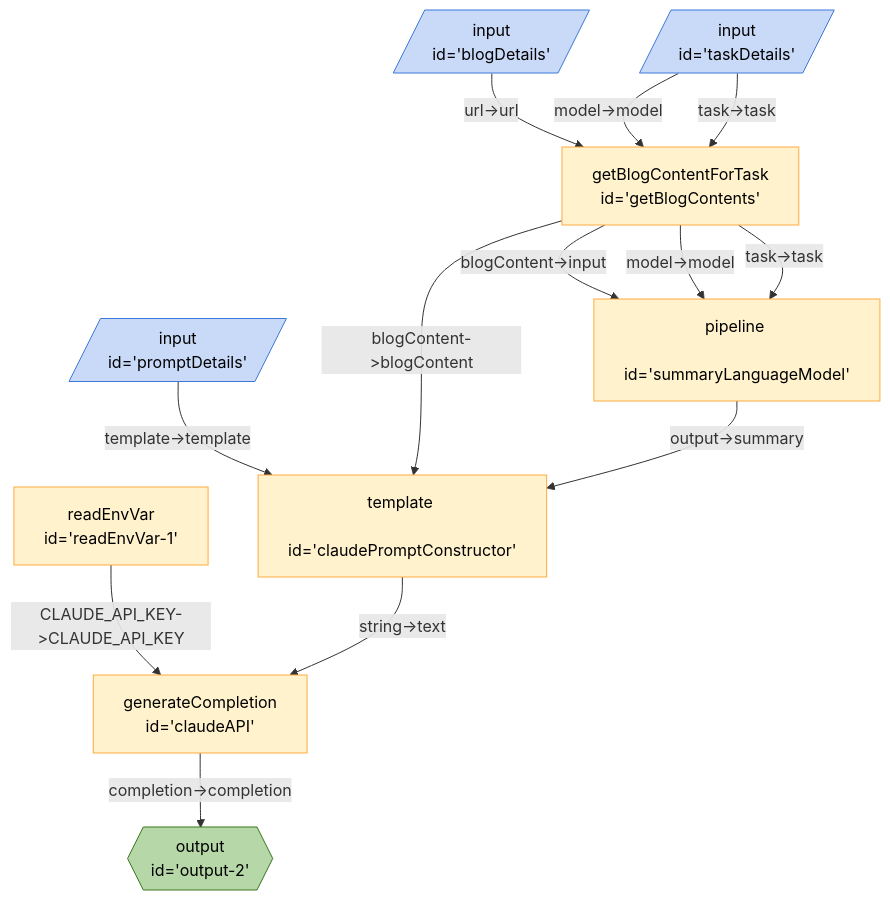
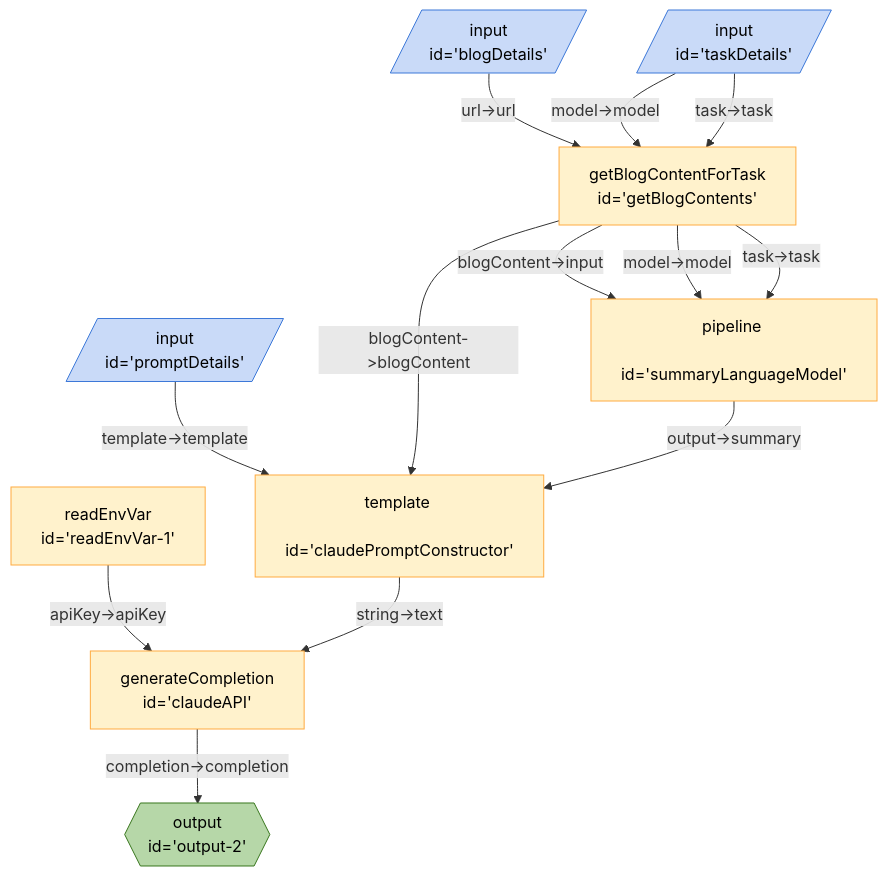
Before and after one commit to ExaDev-io/breadboard-samples: the diagram in samples/CourseCrafter/src/single/README.md, drawn with Mermaid. The commit also changed other lines of this file and 5 other files, not shown here.

Commit message:
Changed wiring param name from CLAUDE_API_KEY to apiKey to match claude params

````diff
--- a/samples/CourseCrafter/src/single/README.md
+++ b/samples/CourseCrafter/src/single/README.md
@@ -3,24 +3,24 @@
 ```mermaid
 %%{init: 'themeVariables': { 'fontFamily': 'Fira Code, monospace' }}%%
 graph TD;
 promptDetails[/"input <br> id='promptDetails'"/]:::input -- "template->template" --> claudePromptConstructor["template <br> id='claudePromptConstructor'"]
 blogDetails[/"input <br> id='blogDetails'"/]:::input -- "url->url" --> getBlogContents["getBlogContentForTask <br> id='getBlogContents'"]
 taskDetails[/"input <br> id='taskDetails'"/]:::input -- "model->model" --> getBlogContents["getBlogContentForTask <br> id='getBlogContents'"]
 taskDetails[/"input <br> id='taskDetails'"/]:::input -- "task->task" --> getBlogContents["getBlogContentForTask <br> id='getBlogContents'"]
 getBlogContents["getBlogContentForTask <br> id='getBlogContents'"] -- "blogContent->input" --> summaryLanguageModel["pipeline <br> id='summaryLanguageModel'"]
 getBlogContents["getBlogContentForTask <br> id='getBlogContents'"] -- "model->model" --> summaryLanguageModel["pipeline <br> id='summaryLanguageModel'"]
 getBlogContents["getBlogContentForTask <br> id='getBlogContents'"] -- "task->task" --> summaryLanguageModel["pipeline <br> id='summaryLanguageModel'"]
 getBlogContents["getBlogContentForTask <br> id='getBlogContents'"] -- "blogContent->blogContent" --> claudePromptConstructor["template <br> id='claudePromptConstructor'"]
 summaryLanguageModel["pipeline <br> id='summaryLanguageModel'"] -- "output->summary" --> claudePromptConstructor["template <br> id='claudePromptConstructor'"]
-readEnvVar1["readEnvVar <br> id='readEnvVar-1'"] -- "CLAUDE_API_KEY->CLAUDE_API_KEY" --> claudeAPI["generateCompletion <br> id='claudeAPI'"]
+readEnvVar1["readEnvVar <br> id='readEnvVar-1'"] -- "apiKey->apiKey" --> claudeAPI["generateCompletion <br> id='claudeAPI'"]
 claudePromptConstructor["template <br> id='claudePromptConstructor'"] -- "string->text" --> claudeAPI["generateCompletion <br> id='claudeAPI'"]
 claudeAPI["generateCompletion <br> id='claudeAPI'"] -- "completion->completion" --> output2{{"output <br> id='output-2'"}}:::output
 classDef default stroke:#ffab40,fill:#fff2ccff,color:#000
 classDef input stroke:#3c78d8,fill:#c9daf8ff,color:#000
 classDef output stroke:#38761d,fill:#b6d7a8ff,color:#000
 classDef passthrough stroke:#a64d79,fill:#ead1dcff,color:#000
 classDef slot stroke:#a64d79,fill:#ead1dcff,color:#000
 classDef config stroke:#a64d79,fill:#ead1dcff,color:#000
 classDef secrets stroke:#db4437,fill:#f4cccc,color:#000
 classDef slotted stroke:#a64d79
 ```
````
